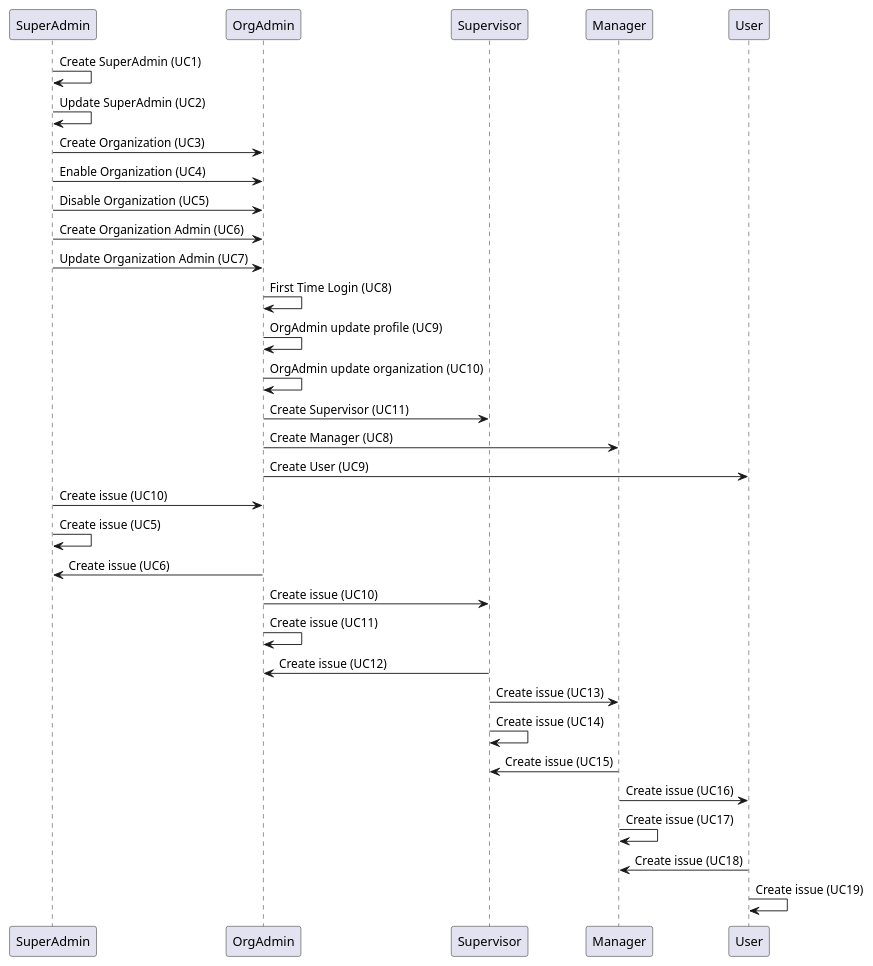
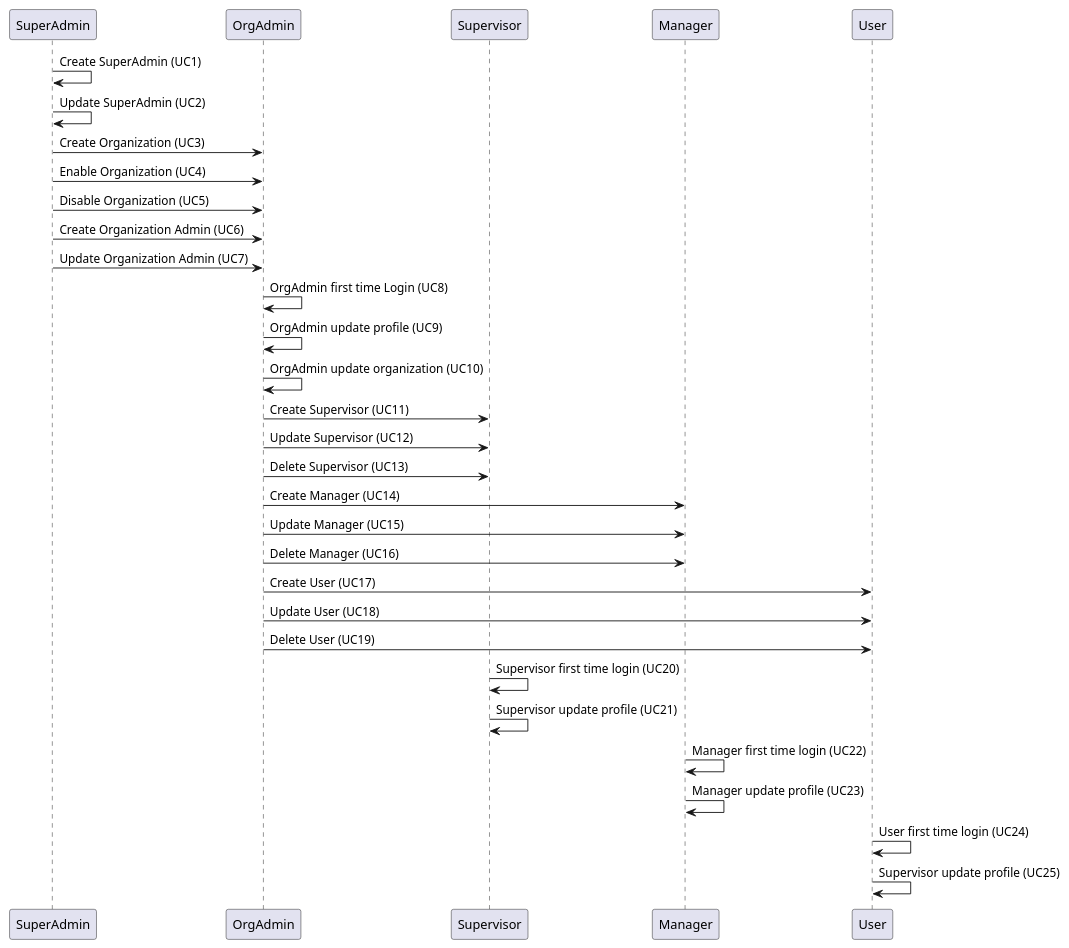
Before and after one commit to wawerualbert/CodeHub: the diagram in documentation/all_usecases.wsd, drawn with PlantUML.

Commit message:
edit all use cases doc

```diff
--- a/documentation/all_usecases.wsd
+++ b/documentation/all_usecases.wsd
@@ -1,51 +1,40 @@
 @startuml AllUseCases
 
 participant "SuperAdmin" as SuperAdmin
 SuperAdmin -> SuperAdmin:Create SuperAdmin (UC1)
 SuperAdmin -> SuperAdmin:Update SuperAdmin (UC2)
 
 SuperAdmin -> OrgAdmin:Create Organization (UC3)
 SuperAdmin -> OrgAdmin:Enable Organization (UC4)
 SuperAdmin -> OrgAdmin:Disable Organization (UC5)
 
 SuperAdmin -> OrgAdmin:Create Organization Admin (UC6)
 SuperAdmin -> OrgAdmin:Update Organization Admin (UC7)
 
-OrgAdmin -> OrgAdmin:First Time Login (UC8)
+OrgAdmin -> OrgAdmin:OrgAdmin first time Login (UC8)
 OrgAdmin -> OrgAdmin:OrgAdmin update profile (UC9)
 OrgAdmin -> OrgAdmin:OrgAdmin update organization (UC10)
 
 OrgAdmin -> Supervisor:Create Supervisor (UC11)
+OrgAdmin -> Supervisor:Update Supervisor (UC12)
+OrgAdmin -> Supervisor:Delete Supervisor (UC13)
 
 
-OrgAdmin -> Manager:Create Manager (UC8)
-OrgAdmin -> User:Create User (UC9)
+OrgAdmin -> Manager:Create Manager (UC14)
+OrgAdmin -> Manager:Update Manager (UC15)
+OrgAdmin -> Manager:Delete Manager (UC16)
 
-SuperAdmin -> OrgAdmin:Create issue (UC10)
-SuperAdmin -> SuperAdmin:Create issue (UC5)
+OrgAdmin -> User:Create User (UC17)
+OrgAdmin -> User:Update User (UC18)
+OrgAdmin -> User:Delete User (UC19)
 
-OrgAdmin -> SuperAdmin:Create issue (UC6)
+Supervisor -> Supervisor:Supervisor first time login (UC20)
+Supervisor -> Supervisor:Supervisor update profile (UC21)
 
+Manager -> Manager:Manager first time login (UC22)
+Manager -> Manager:Manager update profile (UC23)
 
-
-OrgAdmin -> Supervisor:Create issue (UC10)
-OrgAdmin -> OrgAdmin:Create issue (UC11)
-
-participant "Supervisor" as Supervisor
-Supervisor -> OrgAdmin:Create issue (UC12)
-Supervisor -> Manager:Create issue (UC13)
-Supervisor -> Supervisor:Create issue (UC14)
-
-
-participant "Manager" as Manager
-Manager -> Supervisor:Create issue (UC15)
-Manager -> User:Create issue (UC16)
-Manager -> Manager:Create issue (UC17)
-
-
-participant "User" as User
-User -> Manager:Create issue (UC18)
-User -> User:Create issue (UC19)
-
+User -> User:User first time login (UC24)
+User -> User:Supervisor update profile (UC25)
 
 @enduml
```
